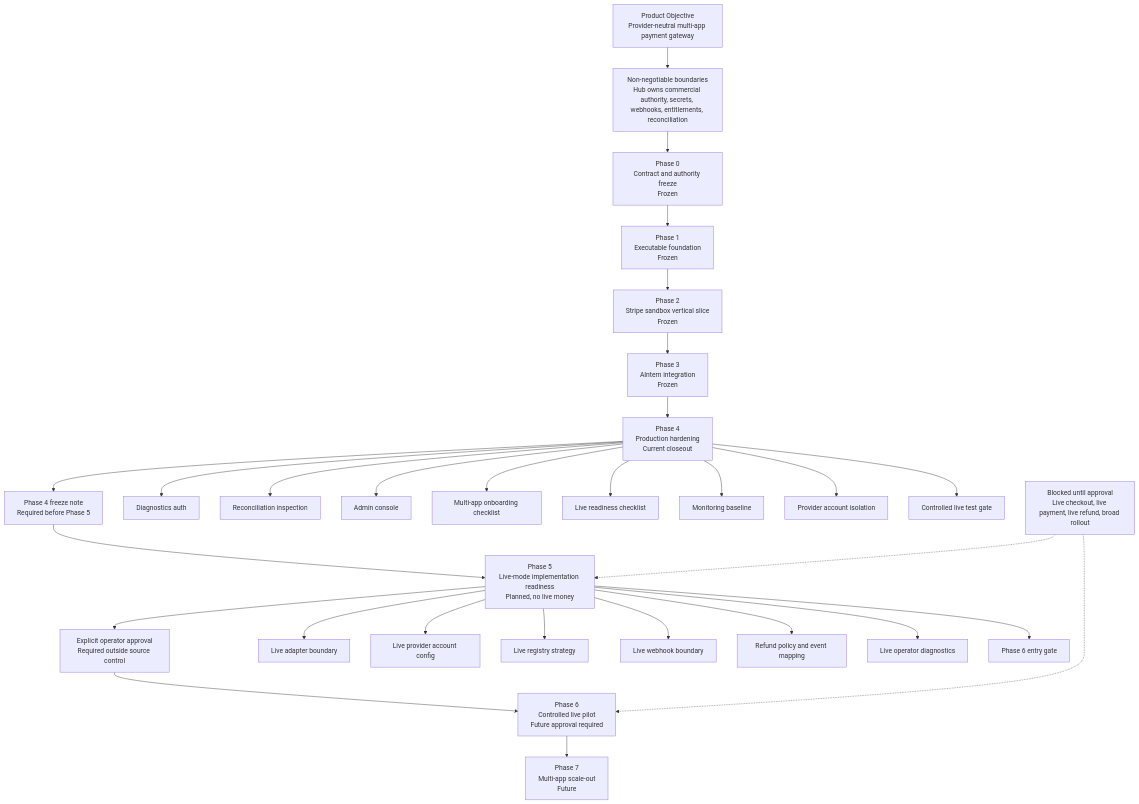
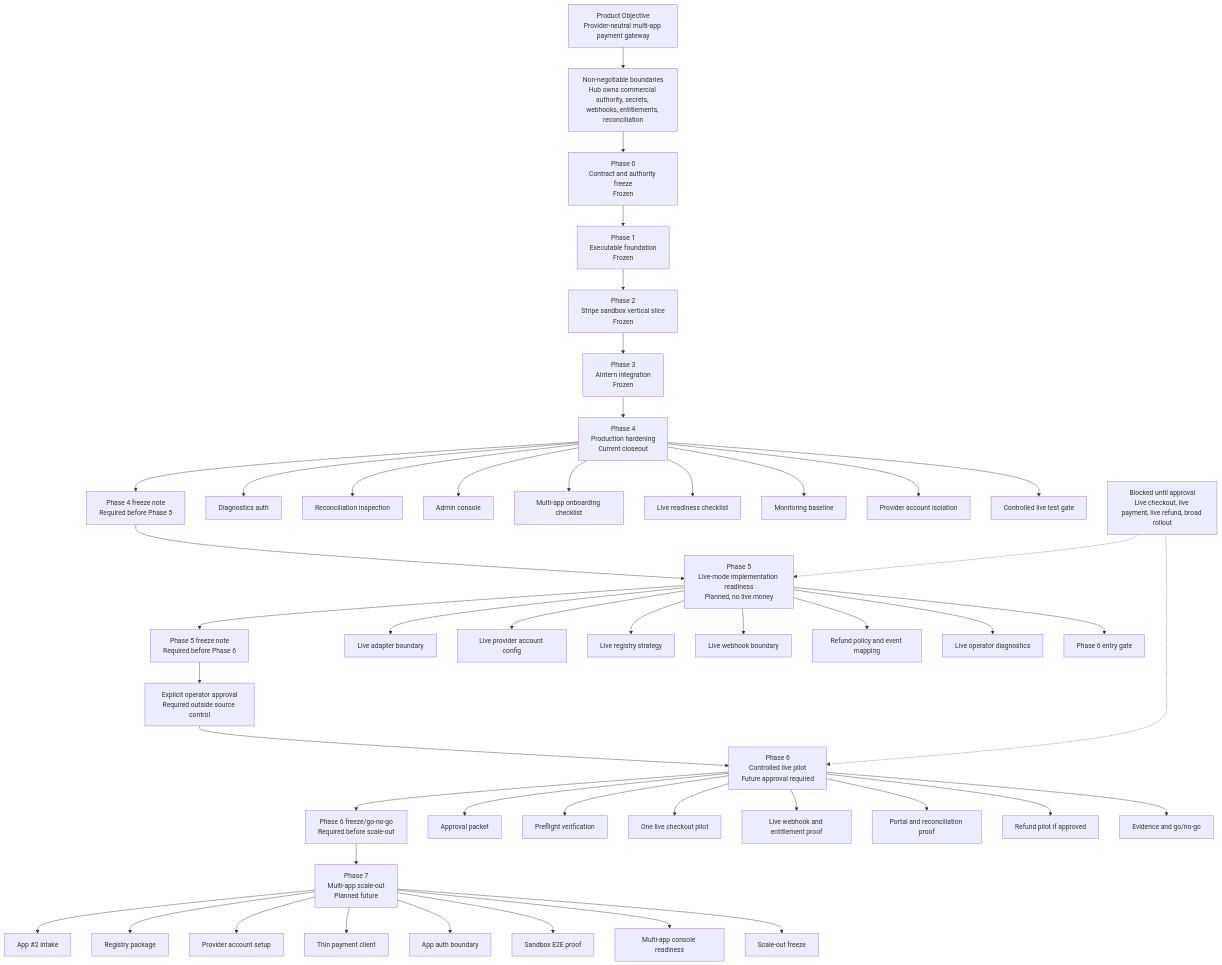
One commit to EffortEdutech/PayGate changed the diagram in docs/PRODUCT_ROADMAP_GRAPH.md. Above: the diagram before and after it, drawn with Mermaid. The commit also changed other lines of this file and 6 other files, not shown here.

Commit message:
Complete PayGate roadmap documentation through phase 7

````diff
--- a/docs/PRODUCT_ROADMAP_GRAPH.md
+++ b/docs/PRODUCT_ROADMAP_GRAPH.md
@@ -5,35 +5,54 @@
 ```mermaid
 flowchart TD
   P[Product Objective\nProvider-neutral multi-app payment gateway] --> G[Non-negotiable boundaries\nHub owns commercial authority, secrets, webhooks, entitlements, reconciliation]
 
   G --> PH0[Phase 0\nContract and authority freeze\nFrozen]
   PH0 --> PH1[Phase 1\nExecutable foundation\nFrozen]
   PH1 --> PH2[Phase 2\nStripe sandbox vertical slice\nFrozen]
   PH2 --> PH3[Phase 3\nAIntern integration\nFrozen]
   PH3 --> PH4[Phase 4\nProduction hardening\nCurrent closeout]
   PH4 --> F4[Phase 4 freeze note\nRequired before Phase 5]
   F4 --> PH5[Phase 5\nLive-mode implementation readiness\nPlanned, no live money]
-  PH5 --> A6[Explicit operator approval\nRequired outside source control]
+  PH5 --> F5[Phase 5 freeze note\nRequired before Phase 6]
+  F5 --> A6[Explicit operator approval\nRequired outside source control]
   A6 --> PH6[Phase 6\nControlled live pilot\nFuture approval required]
-  PH6 --> PH7[Phase 7\nMulti-app scale-out\nFuture]
+  PH6 --> F6[Phase 6 freeze/go-no-go\nRequired before scale-out]
+  F6 --> PH7[Phase 7\nMulti-app scale-out\nPlanned future]
 
   PH4 --> T41[Diagnostics auth]
   PH4 --> T42[Reconciliation inspection]
   PH4 --> T43[Admin console]
   PH4 --> T44[Multi-app onboarding checklist]
   PH4 --> T45[Live readiness checklist]
   PH4 --> T46[Monitoring baseline]
   PH4 --> T47[Provider account isolation]
   PH4 --> T48[Controlled live test gate]
 
   PH5 --> T51[Live adapter boundary]
   PH5 --> T52[Live provider account config]
   PH5 --> T53[Live registry strategy]
   PH5 --> T54[Live webhook boundary]
   PH5 --> T55[Refund policy and event mapping]
   PH5 --> T56[Live operator diagnostics]
   PH5 --> T57[Phase 6 entry gate]
 
+  PH6 --> T61[Approval packet]
+  PH6 --> T62[Preflight verification]
+  PH6 --> T63[One live checkout pilot]
+  PH6 --> T64[Live webhook and entitlement proof]
+  PH6 --> T65[Portal and reconciliation proof]
+  PH6 --> T66[Refund pilot if approved]
+  PH6 --> T67[Evidence and go/no-go]
+
+  PH7 --> T71[App #2 intake]
+  PH7 --> T72[Registry package]
+  PH7 --> T73[Provider account setup]
+  PH7 --> T74[Thin payment client]
+  PH7 --> T75[App auth boundary]
+  PH7 --> T76[Sandbox E2E proof]
+  PH7 --> T77[Multi-app console readiness]
+  PH7 --> T78[Scale-out freeze]
+
   BLOCK[Blocked until approval\nLive checkout, live payment, live refund, broad rollout] -.-> PH5
   BLOCK -.-> PH6
 ```
````
